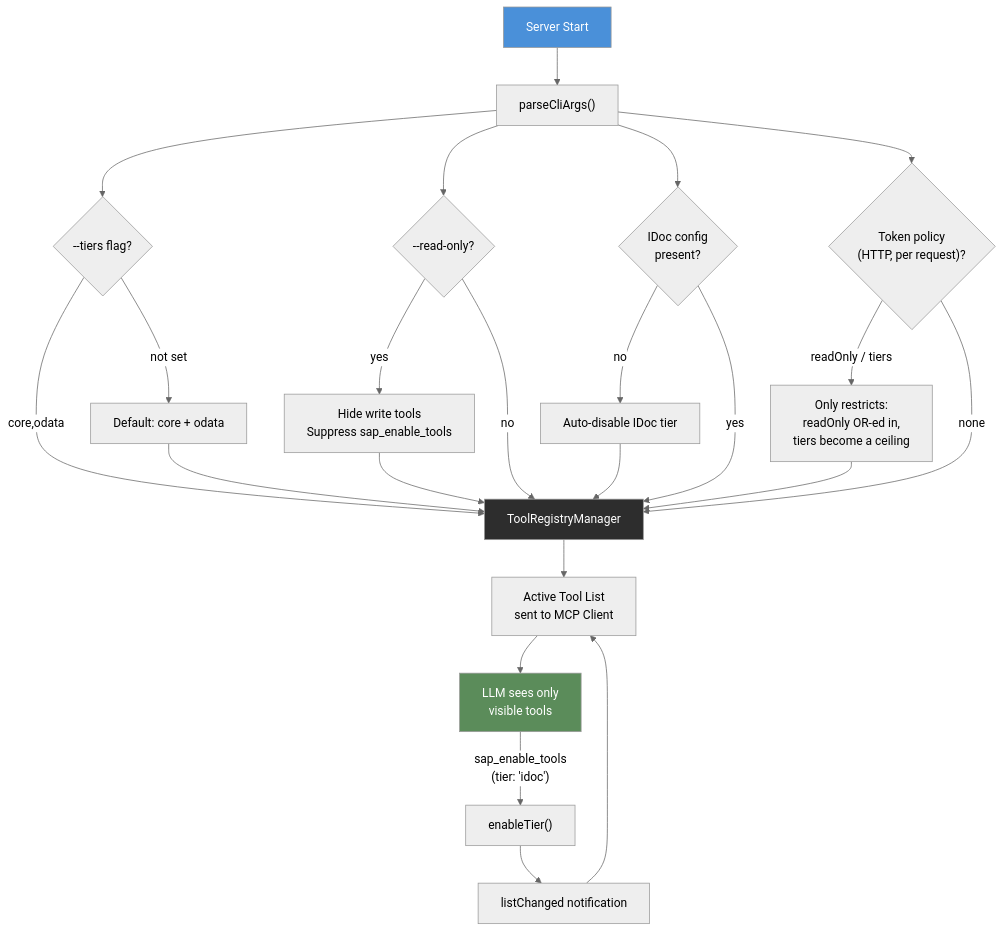
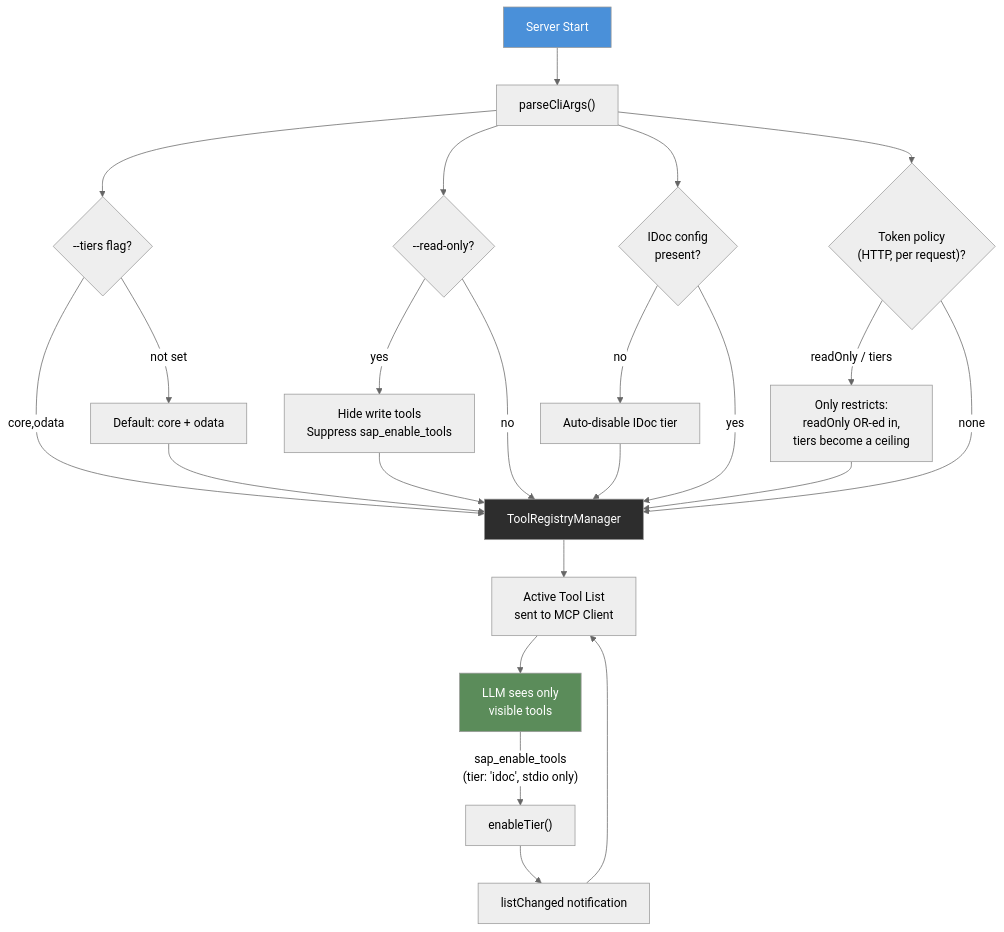
Before and after one commit to guniweb/guniweb-sap-mcp: the sixth of 10 diagrams in docs/architecture.md, drawn with Mermaid (neutral theme). The commit also changed other lines of this file and 11 other files, not shown here.

````diff
--- a/docs/architecture.md
+++ b/docs/architecture.md
@@ -163,28 +163,28 @@
 ```mermaid
 flowchart TB
     Start["Server Start"] --> CLI["parseCliArgs()"]
     CLI --> Tiers{"--tiers flag?"}
     CLI --> ReadOnly{"--read-only?"}
     CLI --> IDoc{"IDoc config<br/>present?"}
 
     Tiers -->|"core,odata"| Registry["ToolRegistryManager"]
     Tiers -->|"not set"| DefaultTiers["Default: core + odata"] --> Registry
     ReadOnly -->|yes| HideWrite["Hide write tools<br/>Suppress sap_enable_tools"] --> Registry
     CLI --> Policy{"Token policy<br/>(HTTP, per request)?"}
     Policy -->|"readOnly / tiers"| Ceiling["Only restricts:<br/>readOnly OR-ed in,<br/>tiers become a ceiling"] --> Registry
     Policy -->|none| Registry
     ReadOnly -->|no| Registry
     IDoc -->|no| HideIDoc["Auto-disable IDoc tier"] --> Registry
     IDoc -->|yes| Registry
 
     Registry --> Active["Active Tool List<br/>sent to MCP Client"]
     Active --> LLM["LLM sees only<br/>visible tools"]
 
-    LLM -->|"sap_enable_tools<br/>(tier: 'idoc')"| Enable["enableTier()"]
+    LLM -->|"sap_enable_tools<br/>(tier: 'idoc', stdio only)"| Enable["enableTier()"]
     Enable --> Notify["listChanged notification"]
     Notify --> Active
 
     style Start fill:#4a90d9,color:#fff
     style Registry fill:#2d2d2d,color:#fff
     style LLM fill:#5b8c5a,color:#fff
 ```
````
